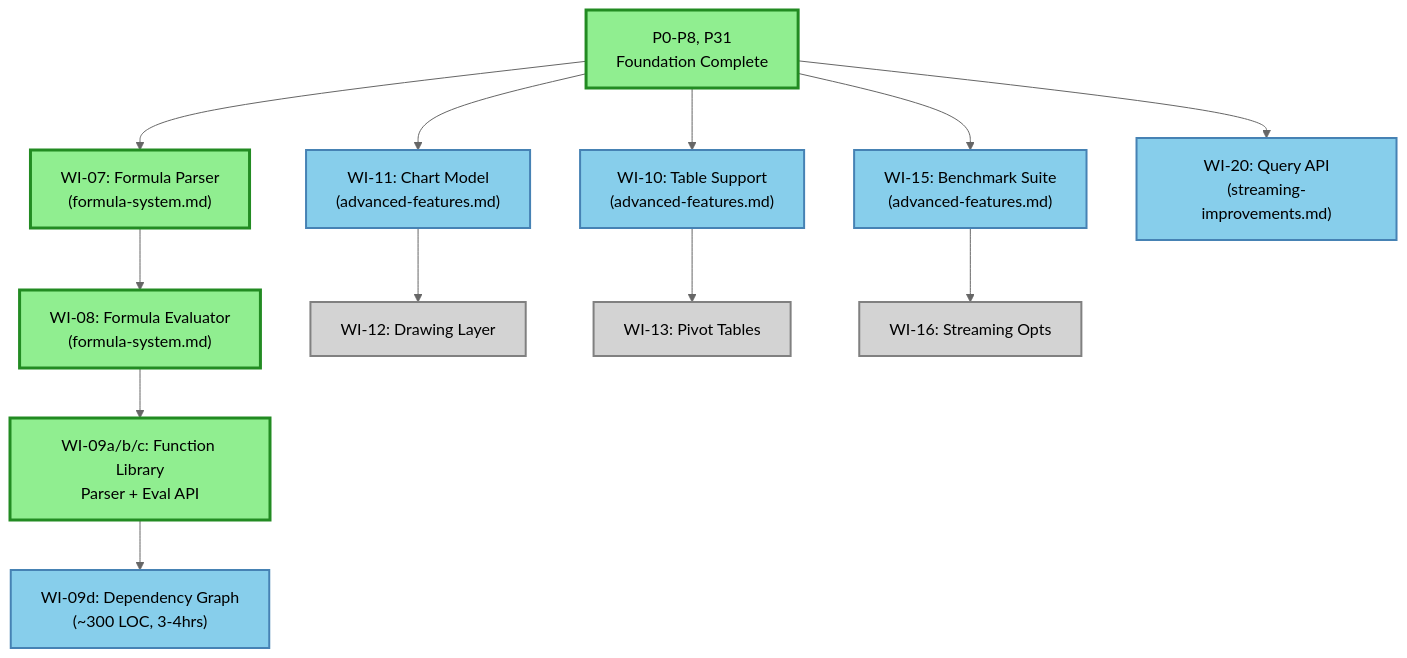
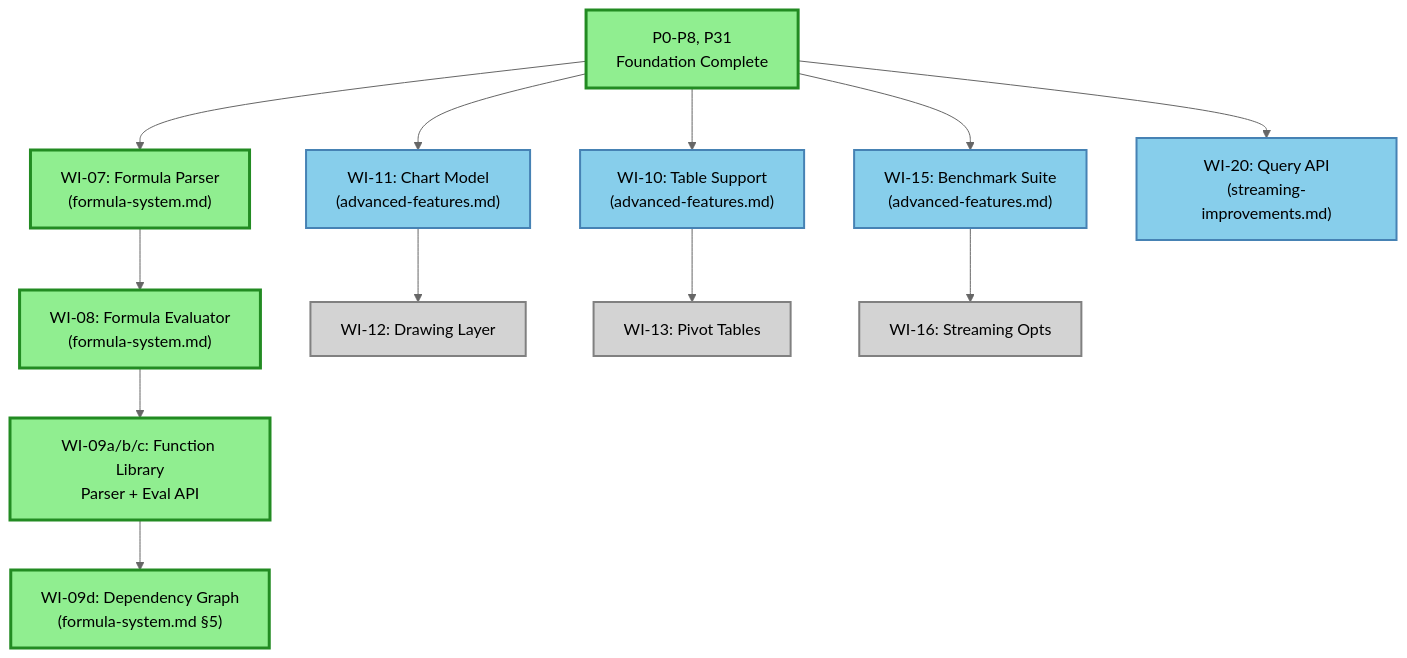
One commit to TJC-LP/xl changed the diagram in docs/plan/roadmap.md. Above: the diagram before and after it, drawn with Mermaid (neutral theme). The commit also changed other lines of this file and 6 other files, not shown here.

First line of the commit message:
feat(evaluator): add dependency graph and cycle detection (WI-09d)

````diff
--- a/docs/plan/roadmap.md
+++ b/docs/plan/roadmap.md
@@ -24,39 +25,39 @@
 ```mermaid
 graph TB
     %% Completed work (green)
     P0["P0-P8, P31<br/>Foundation Complete"]:::completed
     WI07["WI-07: Formula Parser<br/>(formula-system.md)"]:::completed
     WI08["WI-08: Formula Evaluator<br/>(formula-system.md)"]:::completed
     WI09["WI-09a/b/c: Function Library<br/>Parser + Eval API"]:::completed
+    WI09d["WI-09d: Dependency Graph<br/>(formula-system.md §5)"]:::completed
 
     %% Available work (blue - ready to start)
-    WI09d["WI-09d: Dependency Graph<br/>(~300 LOC, 3-4hrs)"]:::available
     WI10["WI-10: Table Support<br/>(advanced-features.md)"]:::available
     WI11["WI-11: Chart Model<br/>(advanced-features.md)"]:::available
     WI15["WI-15: Benchmark Suite<br/>(advanced-features.md)"]:::available
     WI20["WI-20: Query API<br/>(streaming-improvements.md)"]:::available
 
     %% Blocked work (gray - waiting on dependencies)
     WI12["WI-12: Drawing Layer"]:::blocked
     WI13["WI-13: Pivot Tables"]:::blocked
     WI16["WI-16: Streaming Opts"]:::blocked
 
     %% Dependencies
     P0 --> WI07
     P0 --> WI10
     P0 --> WI11
     P0 --> WI15
     P0 --> WI20
 
     WI07 --> WI08
     WI08 --> WI09
     WI09 --> WI09d
     WI11 --> WI12
     WI10 --> WI13
     WI15 --> WI16
 
     %% Style definitions
     classDef completed fill:#90EE90,stroke:#228B22,stroke-width:3px,color:#000
     classDef available fill:#87CEEB,stroke:#4682B4,stroke-width:2px,color:#000
     classDef blocked fill:#D3D3D3,stroke:#808080,stroke-width:2px,color:#000
 ```
````
